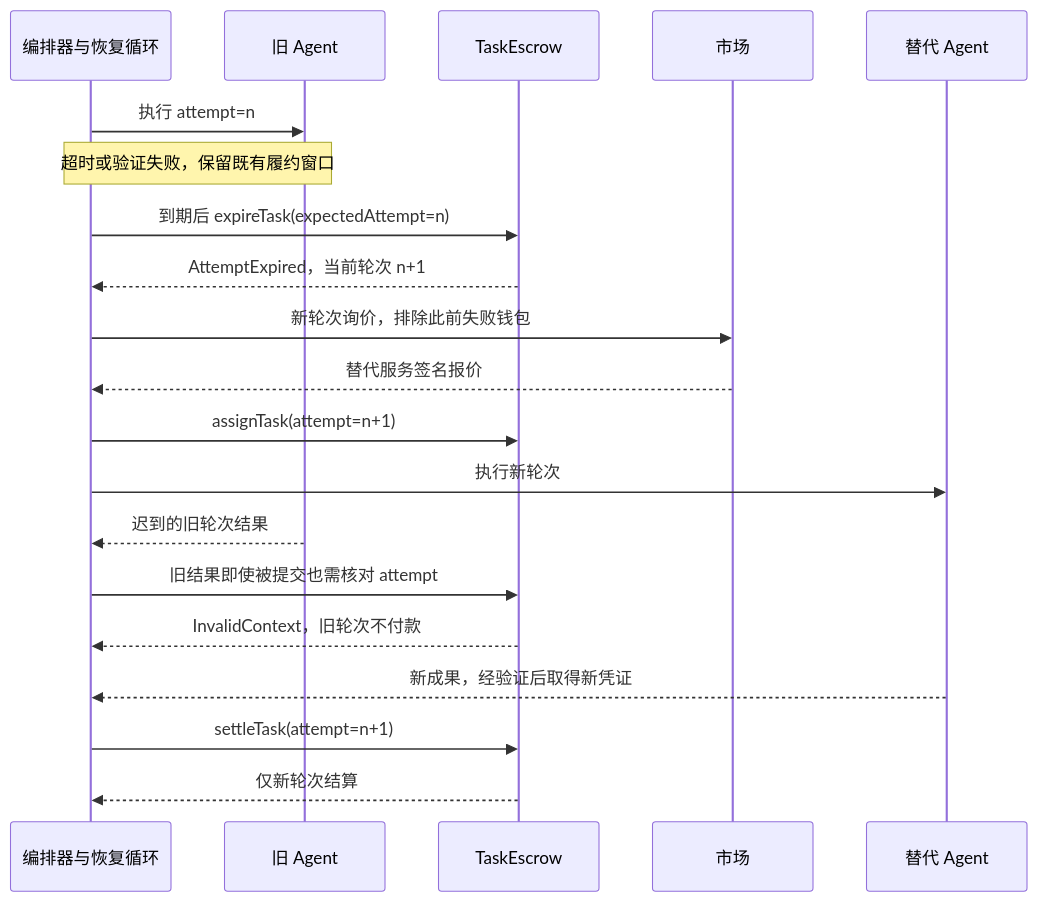
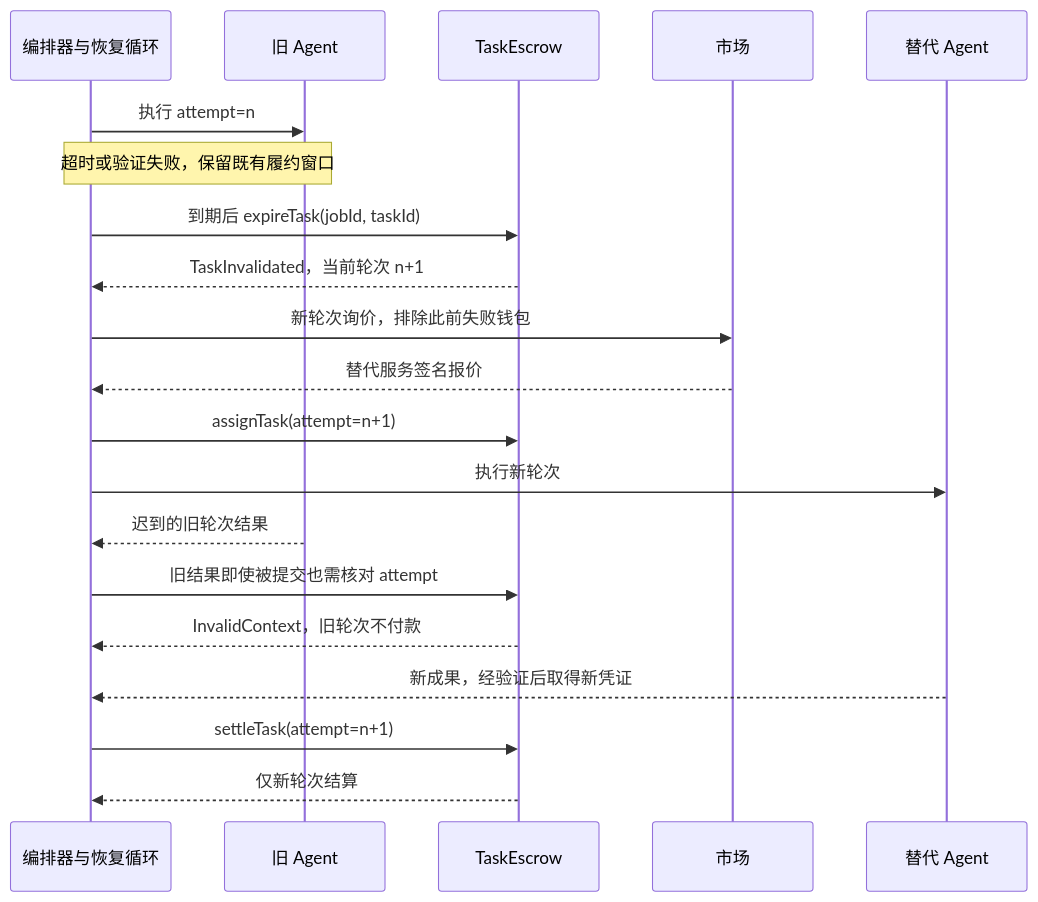
The seventh of 7 diagrams in README.md (yutun005/CCFblock_chain), drawn with Mermaid before and after one commit. The commit also changed other lines of this file and 11 other files, not shown here.

````diff
--- a/README.md
+++ b/README.md
@@ -494,22 +496,22 @@
 ```mermaid
 sequenceDiagram
     participant O as 编排器与恢复循环
     participant A as 旧 Agent
     participant C as TaskEscrow
     participant M as 市场
     participant B as 替代 Agent
     O->>A: 执行 attempt=n
     Note over O,A: 超时或验证失败，保留既有履约窗口
-    O->>C: 到期后 expireTask(expectedAttempt=n)
-    C-->>O: AttemptExpired，当前轮次 n+1
+    O->>C: 到期后 expireTask(jobId, taskId)
+    C-->>O: TaskInvalidated，当前轮次 n+1
     O->>M: 新轮次询价，排除此前失败钱包
     M-->>O: 替代服务签名报价
     O->>C: assignTask(attempt=n+1)
     O->>B: 执行新轮次
     A-->>O: 迟到的旧轮次结果
     O->>C: 旧结果即使被提交也需核对 attempt
     C-->>O: InvalidContext，旧轮次不付款
     B-->>O: 新成果，经验证后取得新凭证
     O->>C: settleTask(attempt=n+1)
     C-->>O: 仅新轮次结算
 ```
````
